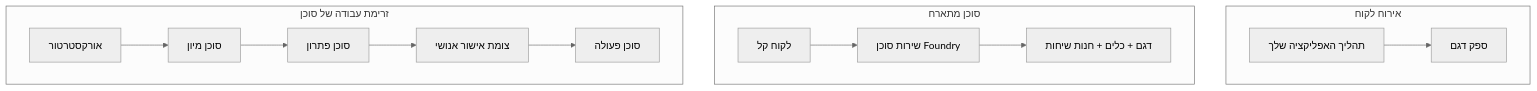
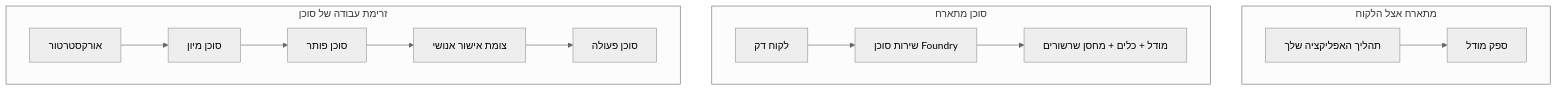
Before and after one commit to microsoft/ai-agents-for-beginners: the first of 4 diagrams in translations/he/16-deploying-scalable-agents/README.md, drawn with Mermaid (neutral theme). The commit also changed other lines of this file and 47 other files, not shown here.

````diff
--- a/translations/he/16-deploying-scalable-agents/README.md
+++ b/translations/he/16-deploying-scalable-agents/README.md
@@ -87,16 +87,16 @@
 ```mermaid
 flowchart TB
-    subgraph P1[אירוח לקוח]
-        A1[תהליך האפליקציה שלך] --> M1[ספק דגם]
+    subgraph P1[מתארח אצל הלקוח]
+        A1[תהליך האפליקציה שלך] --> M1[ספק מודל]
     end
     subgraph P2[סוכן מתארח]
-        A2[לקוח קל] --> F2[שירות סוכן Foundry]
-        F2 --> M2[דגם + כלים + חנות שיחות]
+        A2[לקוח דק] --> F2[שירות סוכן Foundry]
+        F2 --> M2[מודל + כלים + מחסן שרשורים]
     end
     subgraph P3[זרימת עבודה של סוכן]
         A3[אורקסטרטור] --> S1[סוכן מיון]
-        S1 --> S2[סוכן פתרון]
+        S1 --> S2[סוכן פותר]
         S2 --> H[צומת אישור אנושי]
         H --> S3[סוכן פעולה]
     end
 ```
````
